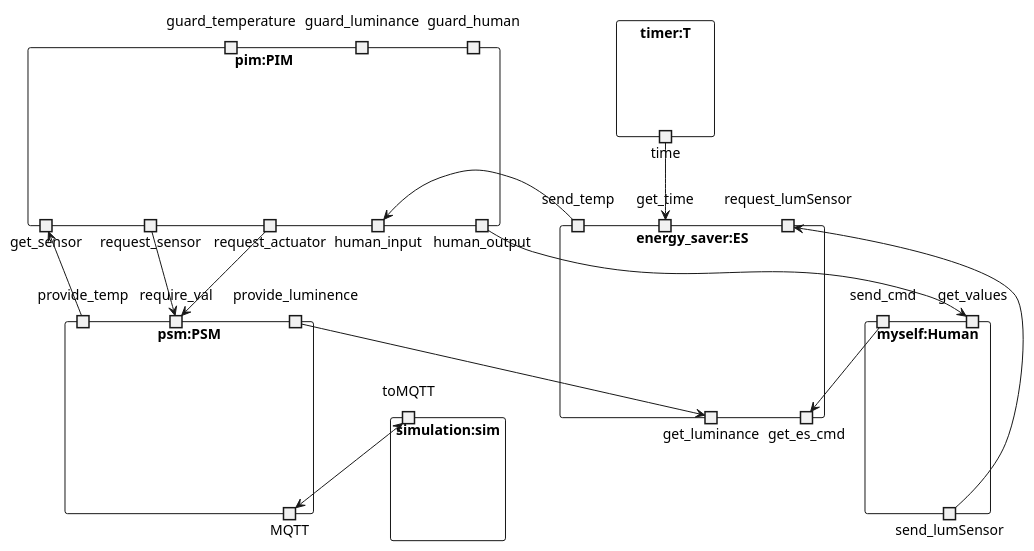
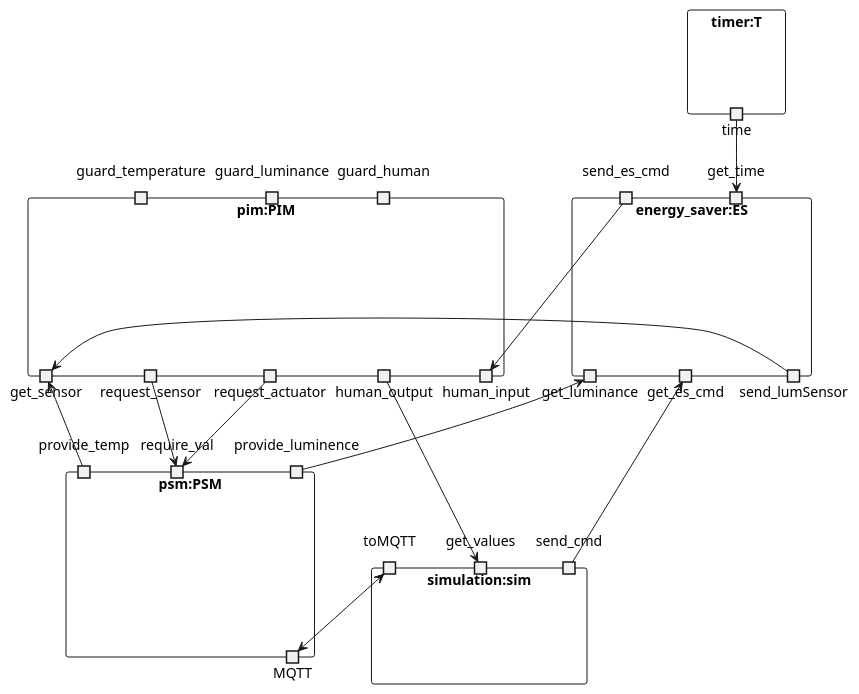
Before and after one commit to Tobhal/HIOF-Models-and-Digital-Twins: the diagram in Oblig1/TheRoomX3D2.MQTT.sim/Diagrams/architecture.plantuml, drawn with PlantUML. The commit also changed 11 other files, not shown here.

```diff
--- a/Oblig1/TheRoomX3D2.MQTT.sim/Diagrams/architecture.plantuml
+++ b/Oblig1/TheRoomX3D2.MQTT.sim/Diagrams/architecture.plantuml
@@ -1,68 +1,64 @@
 @startuml X3D2_MQTT_SIM
 
-'HUMAN
-rectangle myself:Human {
-    port send_cmd
-    portout send_lumSensor
-    portin get_values
-}
 
 rectangle timer:T {
     portout time
 }
 
 'PIM
 rectangle pim:PIM {
     portout get_sensor
     portout request_sensor
     portout request_actuator
     portout human_input
     portout human_output
 
     'guards
     port guard_temperature
     port guard_luminance
     port guard_human
 }
 
 'PSM
 rectangle psm:PSM {
     portin provide_temp
     portin provide_luminence
     portin require_val
     portin require_val
 
     portout MQTT
 }
 
 'SIM
 rectangle simulation:sim {
     port toMQTT
+    port send_cmd
+    portin get_values
 }
 
 'energy saver
 rectangle energy_saver:ES {
-    portin send_temp
+    portin send_es_cmd
     portin get_time
 
     portout get_es_cmd
     portout get_luminance
-    portin request_lumSensor
+    portout send_lumSensor
 }
  
 provide_temp --> get_sensor
 provide_luminence --> get_luminance
 
-send_lumSensor --> request_lumSensor
+send_lumSensor --> get_sensor
 
 send_cmd --> get_es_cmd
-send_temp ---> human_input
+send_es_cmd ---> human_input
  
 request_sensor --> require_val
 request_actuator --> require_val
 human_output -----> get_values
  
 time --> get_time
 
 toMQTT <--> MQTT
 @enduml
```
